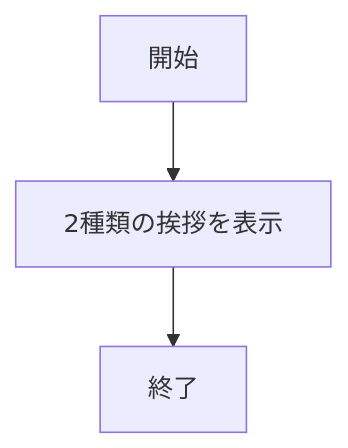
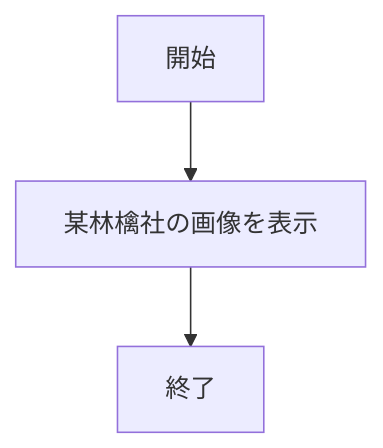
Before and after one commit to km919/webpro_06: the fifth of 5 diagrams in README.md, drawn with Mermaid. The commit also changed other lines of this file, not shown here.

````diff
--- a/README.md
+++ b/README.md
@@ -209,4 +223,4 @@
 ```mermaid
 flowchart TD;
-開始 --> 2種類の挨拶を表示-->終了;
+開始 --> 某林檎社の画像を表示 --> 終了;
 ```
````
